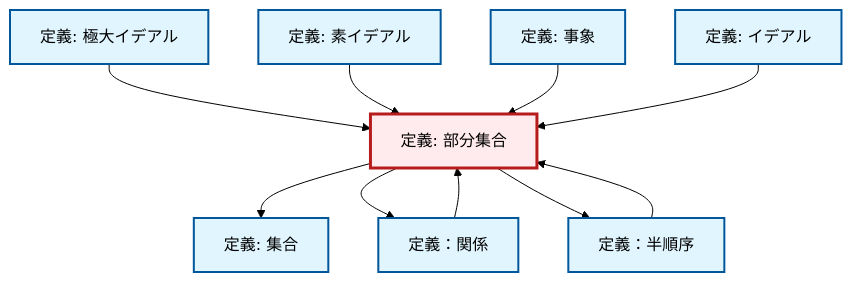
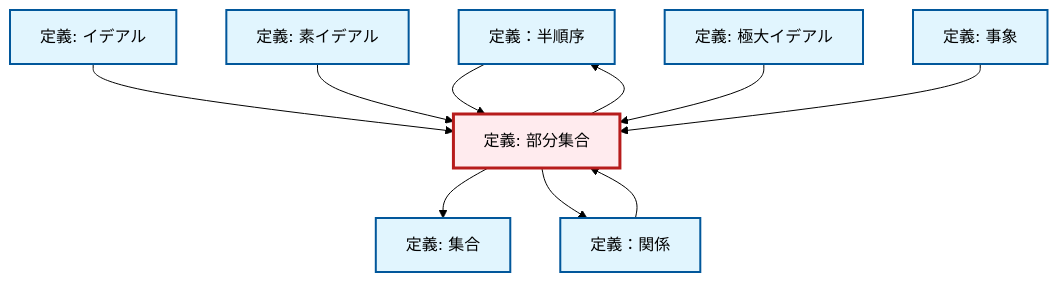
Before and after one commit to RK0429/ModernMath: the diagram in content/ja/logic-set-theory/def-subset.qmd, drawn with Mermaid (forest theme). The commit also changed 672 other files, not shown here.

````diff
--- a/content/ja/logic-set-theory/def-subset.qmd
+++ b/content/ja/logic-set-theory/def-subset.qmd
@@ -52,34 +52,34 @@
 ```{mermaid}
-%%| fig-cap: "Local dependency graph"
+%%| fig-cap: "ローカル依存関係グラフ"
 graph TD
     classDef definition fill:#e1f5fe,stroke:#01579b,stroke-width:2px
     classDef theorem fill:#f3e5f5,stroke:#4a148c,stroke-width:2px
     classDef axiom fill:#fff3e0,stroke:#e65100,stroke-width:2px
     classDef example fill:#e8f5e9,stroke:#1b5e20,stroke-width:2px
     classDef current fill:#ffebee,stroke:#b71c1c,stroke-width:3px
+    def-set["定義: 集合"]:::definition
+    def-partial-order["定義：半順序"]:::definition
     def-maximal-ideal["定義: 極大イデアル"]:::definition
+    def-event["定義: 事象"]:::definition
     def-subset["定義: 部分集合"]:::definition
-    def-partial-order["定義：半順序"]:::definition
-    def-set["定義: 集合"]:::definition
     def-prime-ideal["定義: 素イデアル"]:::definition
-    def-event["定義: 事象"]:::definition
     def-ideal["定義: イデアル"]:::definition
     def-relation["定義：関係"]:::definition
+    def-partial-order --> def-subset
+    def-ideal --> def-subset
+    def-prime-ideal --> def-subset
     def-maximal-ideal --> def-subset
+    def-subset --> def-partial-order
+    def-relation --> def-subset
     def-subset --> def-set
-    def-prime-ideal --> def-subset
+    def-subset --> def-relation
     def-event --> def-subset
-    def-relation --> def-subset
-    def-subset --> def-relation
-    def-ideal --> def-subset
-    def-subset --> def-partial-order
-    def-partial-order --> def-subset
     class def-subset current
+    click def-set "def-set.html" "集合の定義へ"
+    click def-partial-order "def-partial-order.html" "定義：半順序へ"
     click def-maximal-ideal "def-maximal-ideal.html" "極大イデアルの定義へ"
-    click def-partial-order "def-partial-order.html" "定義：半順序へ"
-    click def-set "def-set.html" "集合の定義へ"
+    click def-event "def-event.html" "事象の定義へ"
     click def-prime-ideal "def-prime-ideal.html" "素イデアルの定義へ"
-    click def-event "def-event.html" "事象の定義へ"
     click def-ideal "def-ideal.html" "イデアルの定義へ"
     click def-relation "def-relation.html" "定義：関係へ"
 ```
````
